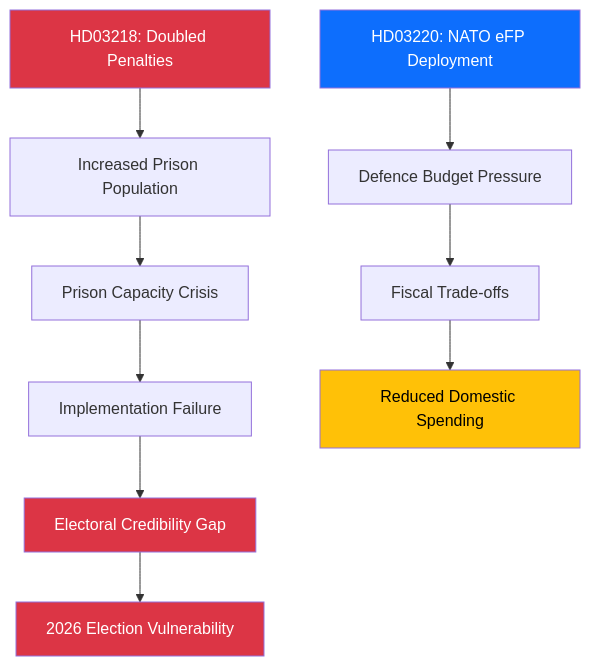
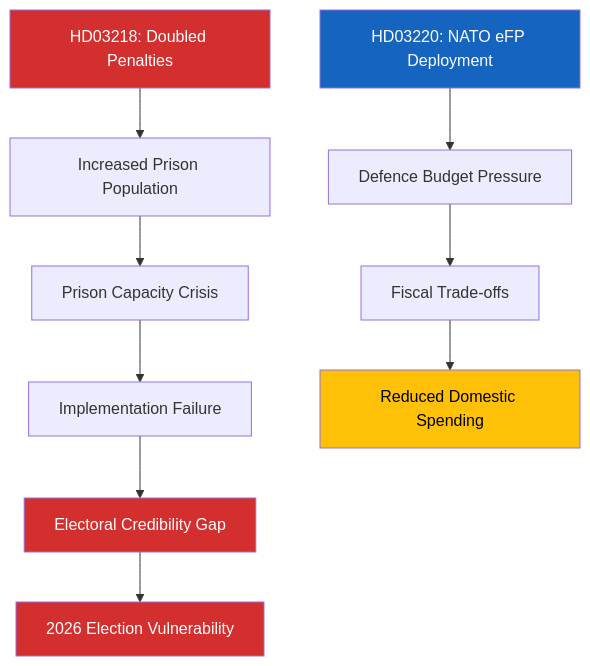
Before and after one commit to Hack23/riksdagsmonitor: the second of 2 diagrams in analysis/daily/2026-04-09/realtime-1436/risk-assessment.md, drawn with Mermaid. The commit also changed 785 other files, not shown here.

First line of the commit message:
Normalize mermaid colors across 786 analysis artifacts to ISMS Style Guide palette

````diff
--- a/analysis/daily/2026-04-09/realtime-1436/risk-assessment.md
+++ b/analysis/daily/2026-04-09/realtime-1436/risk-assessment.md
@@ -83,18 +83,18 @@
 ```mermaid
 graph TD
     A["HD03218: Doubled Penalties"] --> B["Increased Prison Population"]
     B --> C["Prison Capacity Crisis"]
     C --> D["Implementation Failure"]
     D --> E["Electoral Credibility Gap"]
     E --> F["2026 Election Vulnerability"]
 
     A2["HD03220: NATO eFP Deployment"] --> B2["Defence Budget Pressure"]
     B2 --> C2["Fiscal Trade-offs"]
     C2 --> D2["Reduced Domestic Spending"]
 
-    style A fill:#dc3545,color:#fff
-    style E fill:#dc3545,color:#fff
-    style F fill:#dc3545,color:#fff
-    style A2 fill:#0d6efd,color:#fff
-    style D2 fill:#ffc107,color:#000
+    style A fill:#D32F2F,color:#FFFFFF
+    style E fill:#D32F2F,color:#FFFFFF
+    style F fill:#D32F2F,color:#FFFFFF
+    style A2 fill:#1565C0,color:#FFFFFF
+    style D2 fill:#FFC107,color:#000000
 ```
````
